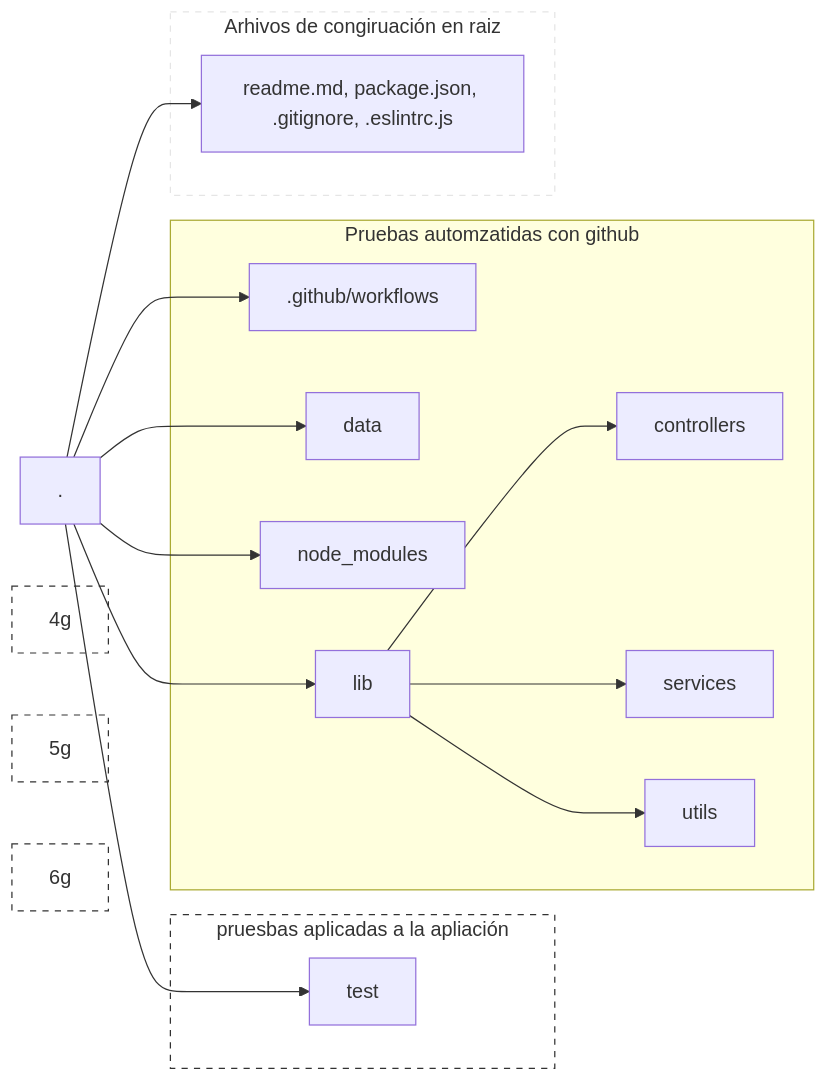
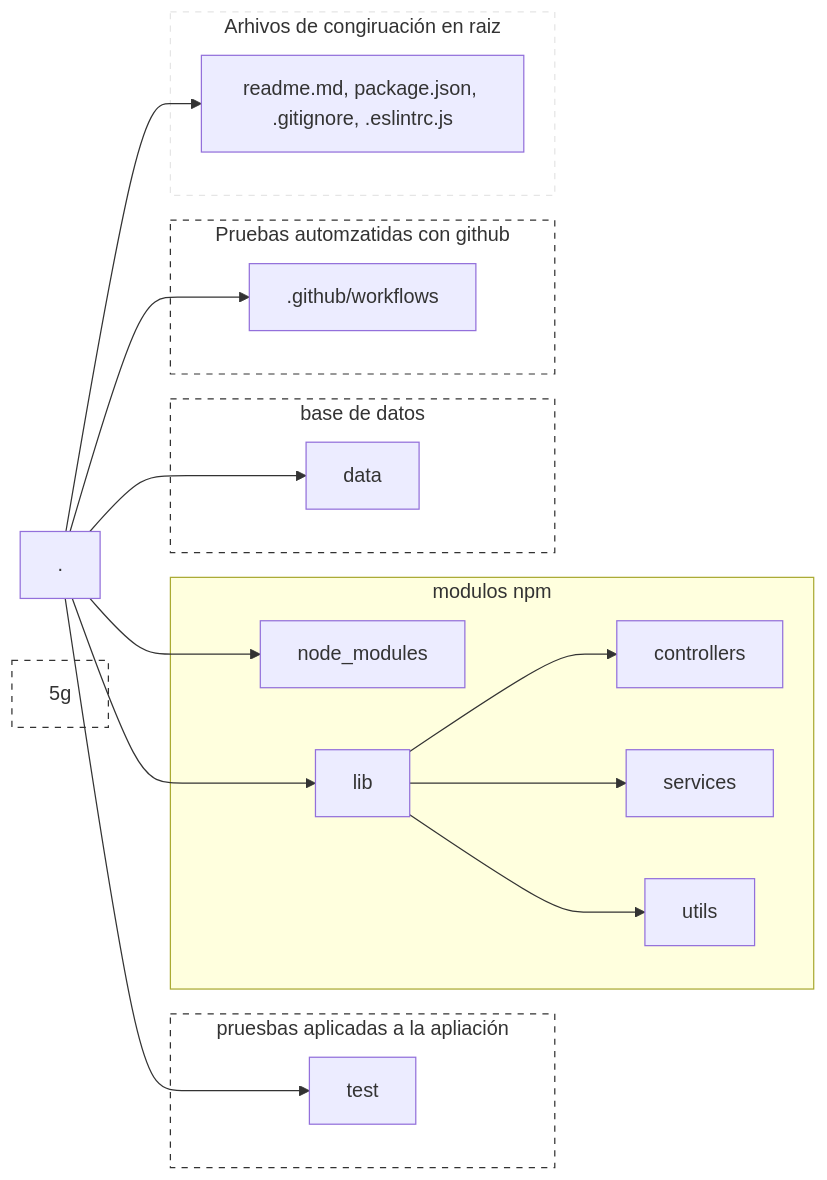
One commit to manuel1488/LaunchX_BackEnd_CodeChallenge-VisualThinking changed the diagram in readme.md. Above: the diagram before and after it, drawn with Mermaid.

Commit message:
actualizar readme.md con grafio de directorios en mermaid 3

````diff
--- a/readme.md
+++ b/readme.md
@@ -21,37 +21,37 @@
 ```mermaid
 graph LR
     root[.] --> 1[readme.md, package.json, .gitignore, .eslintrc.js]
     root --> 2[.github/workflows]
     root --> 3[data]
     root --> 4[node_modules]
     root --> 5[lib]
     root --> 6[test]
     
     subgraph 1g[Arhivos de congiruación en raiz]
         1   
     end
     subgraph 2g[Pruebas automzatidas con github]
         2
     end
-    subgraph 2g[base de datos]
+    subgraph 3g[base de datos]
         3
     end
-    subgraph 2g[modulos npm]
+    subgraph 4g[modulos npm]
         4
     end
-    subgraph 2g[archivos de la aplicación]
+    subgraph 4g[archivos de la aplicación]
         5 --> 51[controllers]
         5 --> 52[services]
         5 --> 53[utils]
     end
-    subgraph 3g[pruesbas aplicadas a la apliación]
+    subgraph 6g[pruesbas aplicadas a la apliación]
         6
     end
 
 style 1g fill:transparent,stroke:#E5E5E5,stroke-width:1px,stroke-dasharray:5;
 style 2g fill:transparent,stroke:#323232,stroke-width:1px,stroke-dasharray:5;
 style 3g fill:transparent,stroke:#323232,stroke-width:1px,stroke-dasharray:5;
 style 4g fill:transparent,stroke:#323232,stroke-width:1px,stroke-dasharray:5;
 style 5g fill:transparent,stroke:#323232,stroke-width:1px,stroke-dasharray:5;
 style 6g fill:transparent,stroke:#323232,stroke-width:1px,stroke-dasharray:5;
 ```
````
